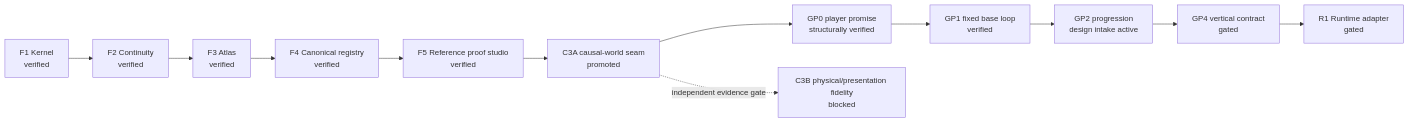
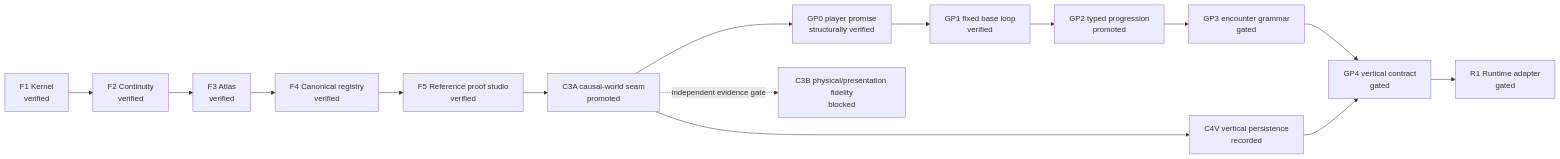
Before and after one commit to zakwmthomas/Mindwarp-forge: the diagram in docs/project-atlas/ROADMAP.md, drawn with Mermaid. The commit also changed other lines of this file and 29 other files, not shown here.

Commit message:
feat: prove C4V vertical persistence seam

````diff
--- a/docs/project-atlas/ROADMAP.md
+++ b/docs/project-atlas/ROADMAP.md
@@ -3,5 +3,6 @@
 ```mermaid
 flowchart LR
-  F1["F1 Kernel\nverified"] --> F2["F2 Continuity\nverified"] --> F3["F3 Atlas\nverified"] --> F4["F4 Canonical registry\nverified"] --> F5["F5 Reference proof studio\nverified"] --> C3A["C3A causal-world seam\npromoted"] --> GP0["GP0 player promise\nstructurally verified"] --> GP1["GP1 fixed base loop\nverified"] --> GP2["GP2 progression\ndesign intake active"] --> GP4["GP4 vertical contract\ngated"] --> R1["R1 Runtime adapter\ngated"]
+  F1["F1 Kernel\nverified"] --> F2["F2 Continuity\nverified"] --> F3["F3 Atlas\nverified"] --> F4["F4 Canonical registry\nverified"] --> F5["F5 Reference proof studio\nverified"] --> C3A["C3A causal-world seam\npromoted"] --> GP0["GP0 player promise\nstructurally verified"] --> GP1["GP1 fixed base loop\nverified"] --> GP2["GP2 typed progression\npromoted"] --> GP3["GP3 encounter grammar\ngated"] --> GP4["GP4 vertical contract\ngated"] --> R1["R1 Runtime adapter\ngated"]
+  C3A --> C4V["C4V vertical persistence\nrecorded"] --> GP4
   C3A -. independent evidence gate .-> C3B["C3B physical/presentation fidelity\nblocked"]
 ```
````
